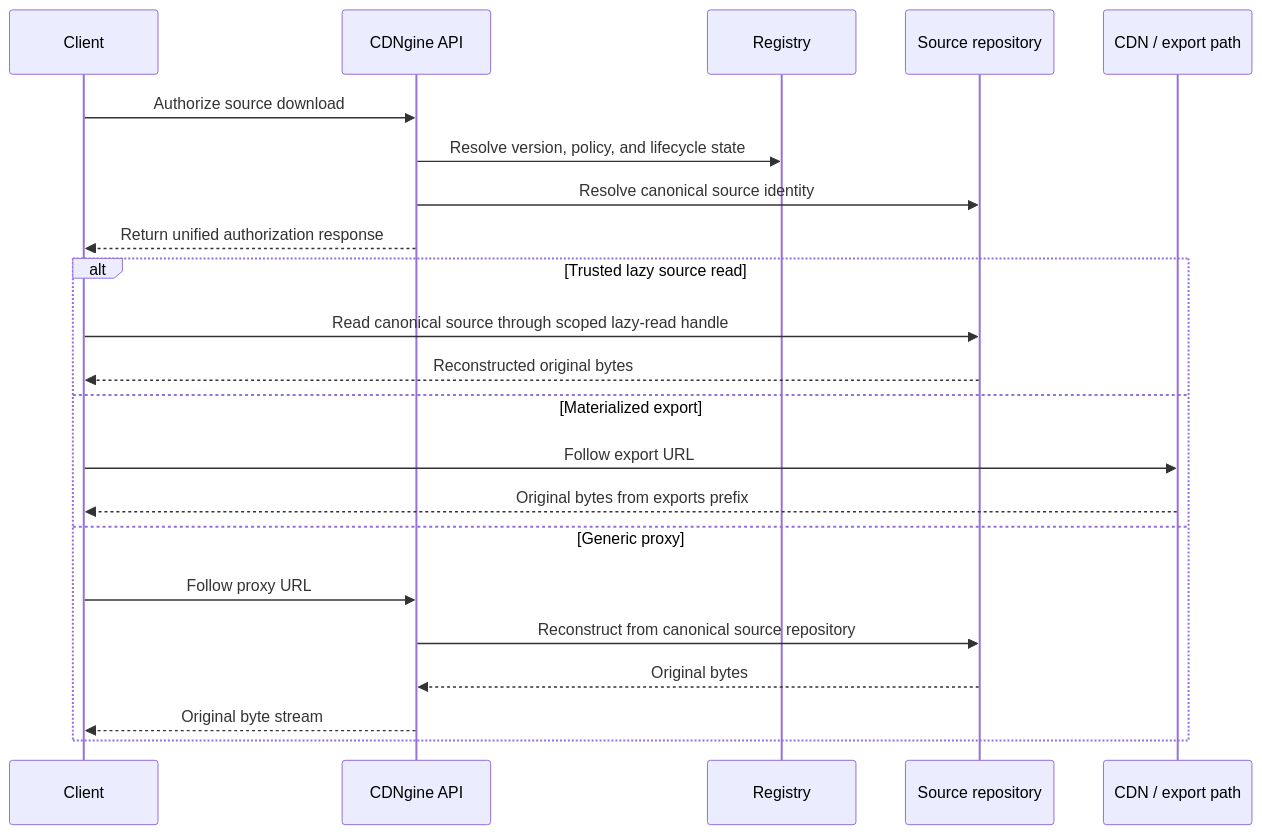
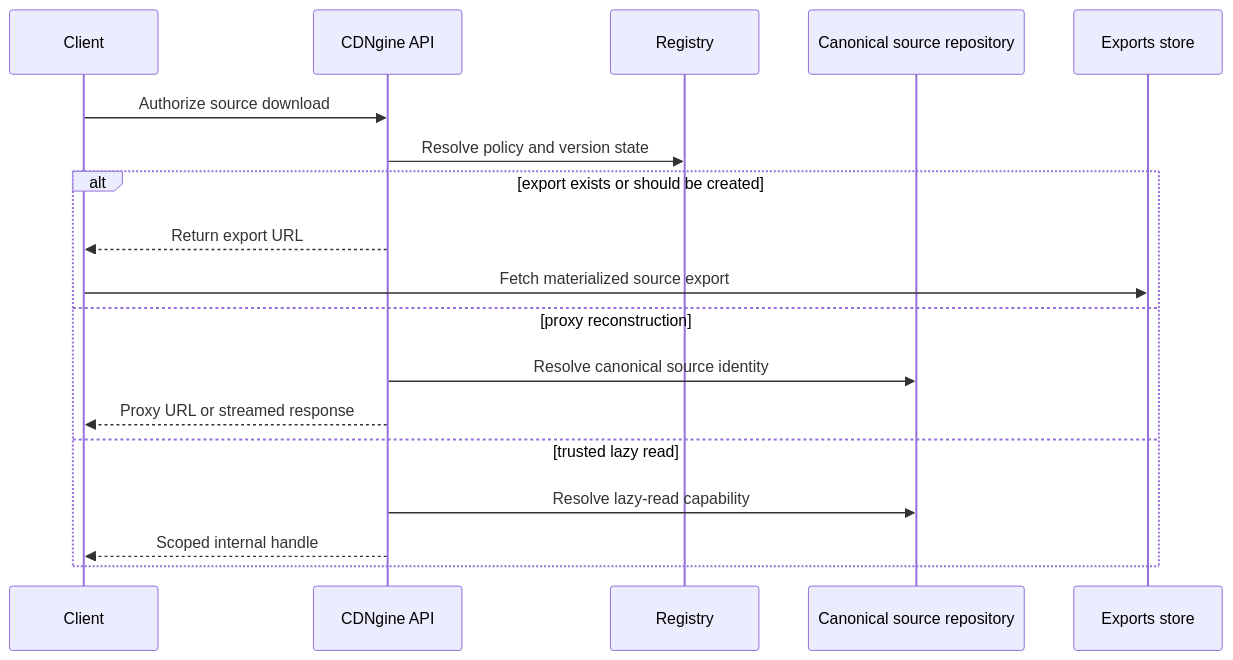
Before and after one commit to Yeusepe/cdngine: the seventh of 10 diagrams in docs/architecture.md, drawn with Mermaid. The commit also changed other lines of this file and 18 other files, not shown here.

First line of the commit message:
Restructure docs: architecture & lifecycle

````diff
--- a/docs/architecture.md
+++ b/docs/architecture.md
@@ -581,26 +366,21 @@
 ```mermaid
 sequenceDiagram
     participant Client
     participant API as CDNgine API
-    participant R as Registry
-    participant O as Source repository
-    participant CDN as CDN / export path
+    participant Registry
+    participant Source as Canonical source repository
+    participant Exports as Exports store
 
     Client->>API: Authorize source download
-    API->>R: Resolve version, policy, and lifecycle state
-    API->>O: Resolve canonical source identity
-    API-->>Client: Return unified authorization response
-
-    alt Trusted lazy source read
-        Client->>O: Read canonical source through scoped lazy-read handle
-        O-->>Client: Reconstructed original bytes
-    else Materialized export
-        Client->>CDN: Follow export URL
-        CDN-->>Client: Original bytes from exports prefix
-    else Generic proxy
-        Client->>API: Follow proxy URL
-        API->>O: Reconstruct from canonical source repository
-        O-->>API: Original bytes
-        API-->>Client: Original byte stream
+    API->>Registry: Resolve policy and version state
+    alt export exists or should be created
+        API-->>Client: Return export URL
+        Client->>Exports: Fetch materialized source export
+    else proxy reconstruction
+        API->>Source: Resolve canonical source identity
+        API-->>Client: Proxy URL or streamed response
+    else trusted lazy read
+        API->>Source: Resolve lazy-read capability
+        API-->>Client: Scoped internal handle
     end
 ```
````
